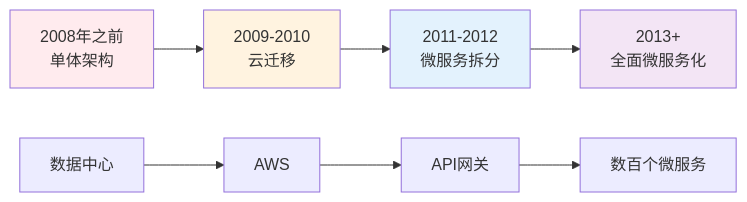
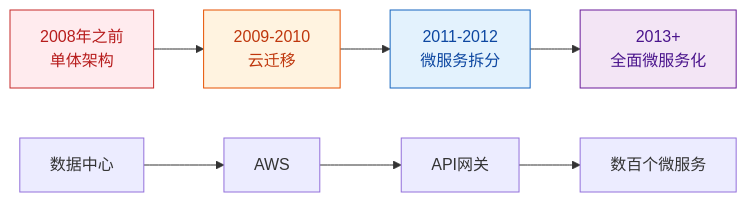
Diagram 19 of 23 in _posts/2018-12-11-microservices-architecture.md (FreezeSoul/freezesoul.github.com), drawn with Mermaid before and after one commit. The commit also changed other lines of this file and 9 other files, not shown here.

Commit message:
修正mermaid配色与要求

````diff
--- a/_posts/2018-12-11-microservices-architecture.md
+++ b/_posts/2018-12-11-microservices-architecture.md
@@ -752,15 +752,15 @@
 ```mermaid
 graph LR
     A[2008年之前<br/>单体架构] --> B[2009-2010<br/>云迁移]
     B --> C[2011-2012<br/>微服务拆分]
     C --> D[2013+<br/>全面微服务化]
 
     A1[数据中心] --> B1[AWS]
     B1 --> C1[API网关]
     C1 --> D1[数百个微服务]
 
-    style A fill:#ffebee
-    style B fill:#fff3e0
-    style C fill:#e3f2fd
-    style D fill:#f3e5f5
+    style A fill:#ffebee,stroke:#c62828,color:#b71c1c
+    style B fill:#fff3e0,stroke:#e65100,color:#bf360c
+    style C fill:#e3f2fd,stroke:#1565c0,color:#0d47a1
+    style D fill:#f3e5f5,stroke:#6a1b9a,color:#4a148c
 ```
````
